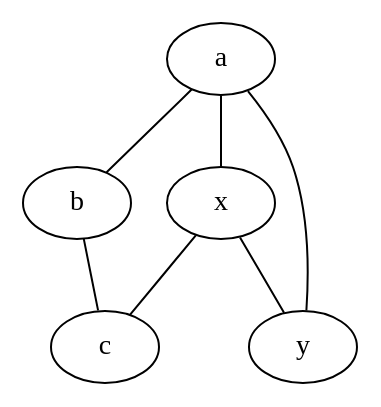
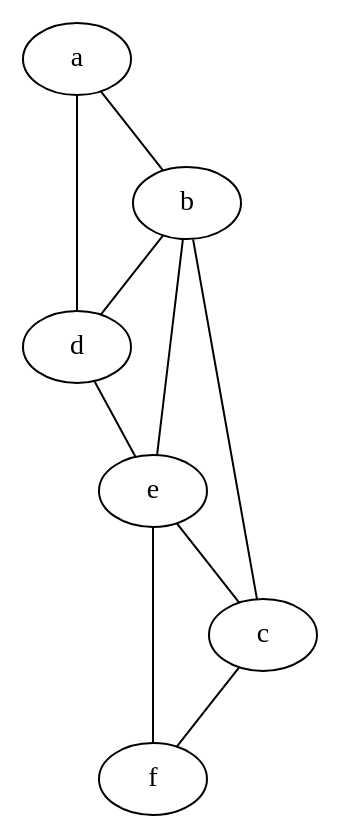
Before and after one commit to diogojapinto/Dot2Dot: the diagram in test_files/test6.dot, drawn with Graphviz. The commit also changed 5 other files, not shown here.

```diff
--- a/test_files/test6.dot
+++ b/test_files/test6.dot
@@ -1,6 +1,11 @@
 graph test123 {
-	       a -- b -- c;
-	       a -- {x y};
-	       x -- c [w=10.0];
-	       x -- y [w=5.0,len=3];
+	       a -- b[weight=1]
+		   a -- d[weight=3]
+		   d -- e[weight=1]
+		   b -- d[weight=5]
+		   b -- e[weight=1]
+		   b -- c[weight=6]
+		   e -- f[weight=4]
+		   c -- f[weight=2]
+		   e -- c[weight=5]
        }
```
